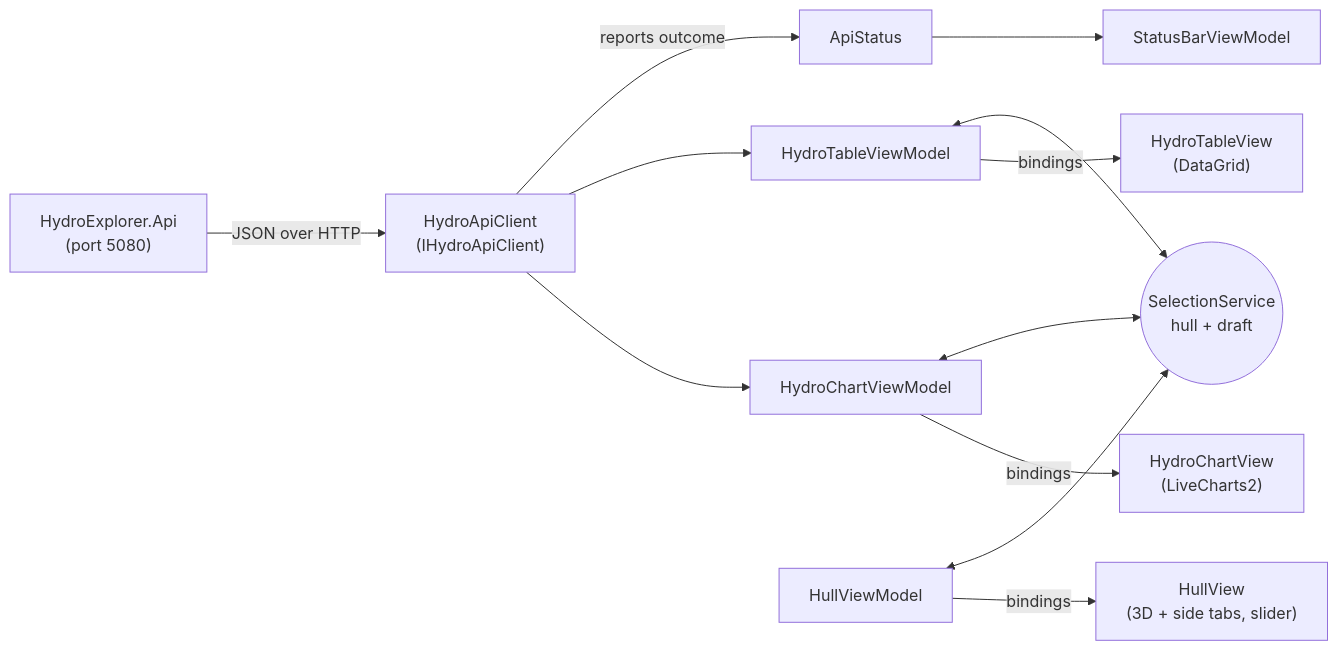
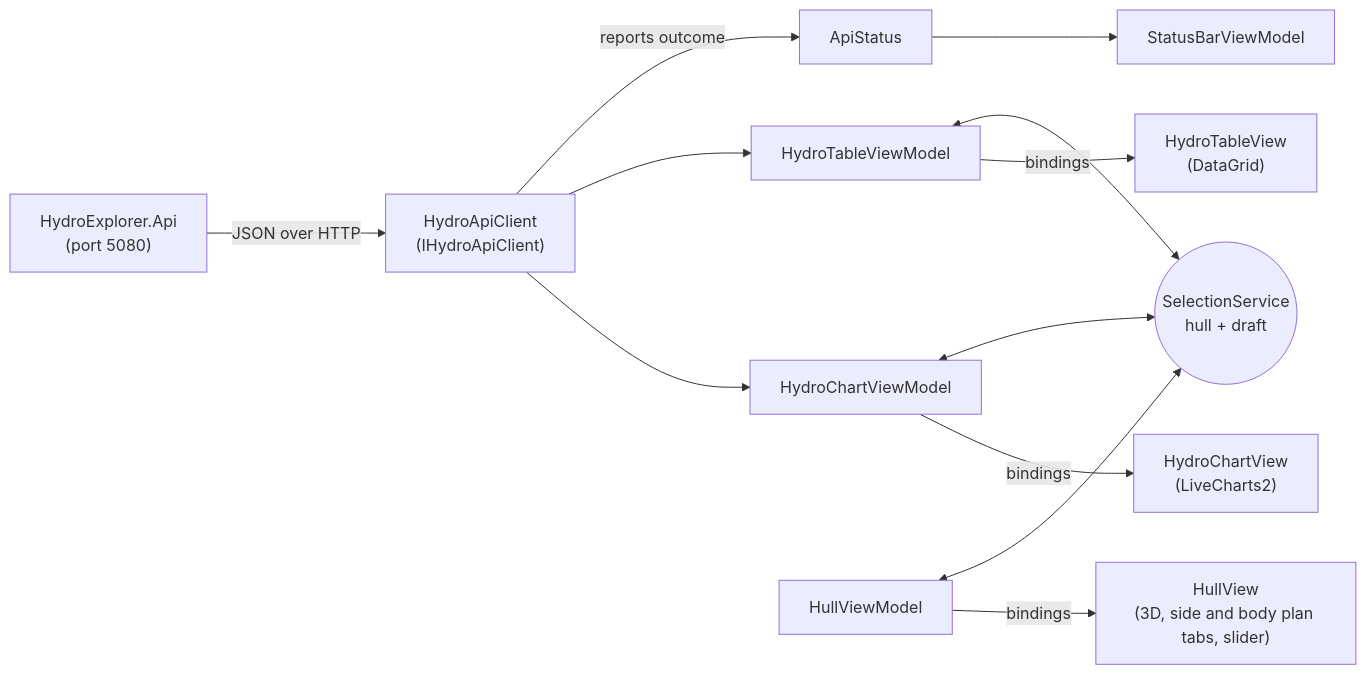
Before and after one commit to omarome/hydrostatic-explorer: the diagram in ARCHITECTURE.md, drawn with Mermaid. The commit also changed other lines of this file and 18 other files, not shown here.

Commit message:
3D ship phase 4: superstructure in the side view, faster 3D, body plan tab, demo and documentation notes

````diff
--- a/ARCHITECTURE.md
+++ b/ARCHITECTURE.md
@@ -18,14 +18,14 @@
 ```mermaid
 flowchart LR
     API["HydroExplorer.Api<br/>(port 5080)"] -- JSON over HTTP --> Client["HydroApiClient<br/>(IHydroApiClient)"]
     Client -- reports outcome --> Status["ApiStatus"]
     Client --> TableVM["HydroTableViewModel"]
     Client --> ChartVM["HydroChartViewModel"]
     TableVM <--> Sel(("SelectionService<br/>hull + draft"))
     ChartVM <--> Sel
     HullVM["HullViewModel"] <--> Sel
     Status --> StatusVM["StatusBarViewModel"]
     TableVM -- bindings --> TableView["HydroTableView<br/>(DataGrid)"]
     ChartVM -- bindings --> ChartView["HydroChartView<br/>(LiveCharts2)"]
-    HullVM -- bindings --> HullView["HullView<br/>(3D + side tabs, slider)"]
+    HullVM -- bindings --> HullView["HullView<br/>(3D, side and body plan tabs, slider)"]
 ```
````
